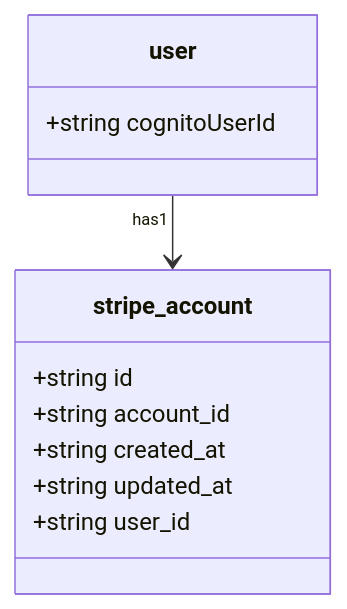
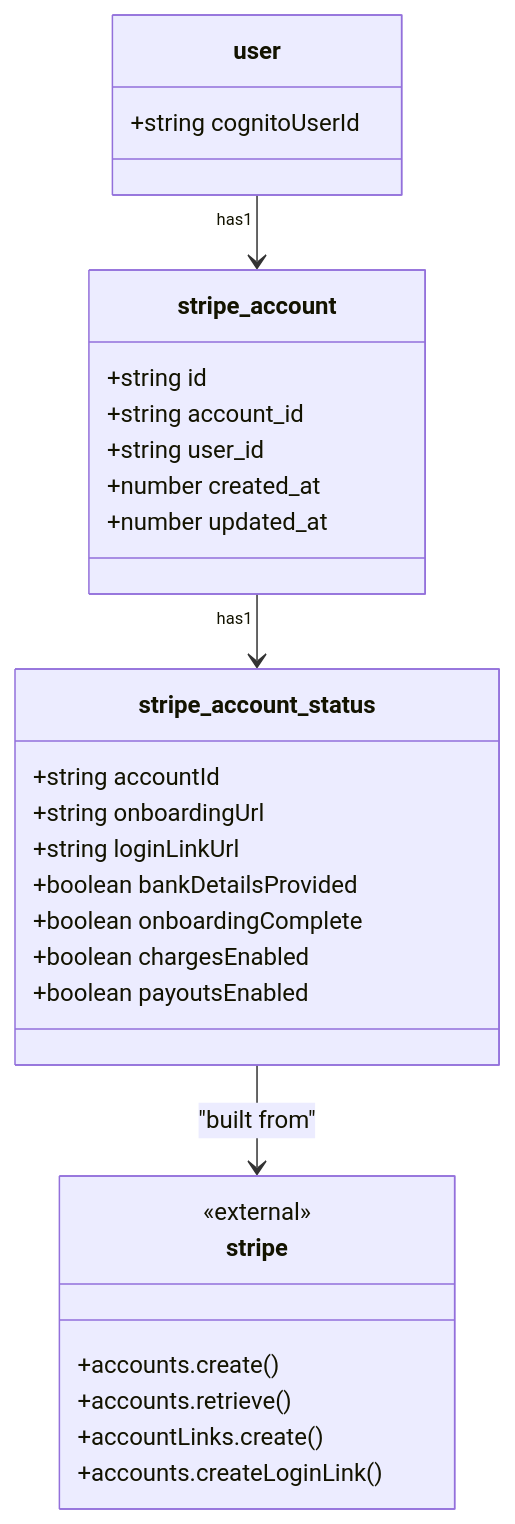
One commit to domits1/Domits changed the first of 4 diagrams in docs/internal/apis/finance/hostFinance.md. Above: the diagram before and after it, drawn with Mermaid. The commit also changed other lines of this file, not shown here.

Commit message:
docs: Enhance Stripe Account Management documentation with detailed diagrams

````diff
--- a/docs/internal/apis/finance/hostFinance.md
+++ b/docs/internal/apis/finance/hostFinance.md
@@ -51,16 +51,36 @@
 ```mermaid
 classDiagram
     class user {
         +string cognitoUserId
     }
 
     class stripe_account {
         +string id
         +string account_id
-        +string created_at
-        +string updated_at
         +string user_id
+        +number created_at
+        +number updated_at
+    }
+
+    class stripe_account_status {
+        +string accountId
+        +string onboardingUrl
+        +string loginLinkUrl
+        +boolean bankDetailsProvided
+        +boolean onboardingComplete
+        +boolean chargesEnabled
+        +boolean payoutsEnabled
+    }
+
+    class stripe {
+        <<external>>
+        +accounts.create()
+        +accounts.retrieve()
+        +accountLinks.create()
+        +accounts.createLoginLink()
     }
 
     user "has1" --> stripe_account
+    stripe_account "has1" --> stripe_account_status
+    stripe_account_status --> stripe : "built from"
 ```
````
